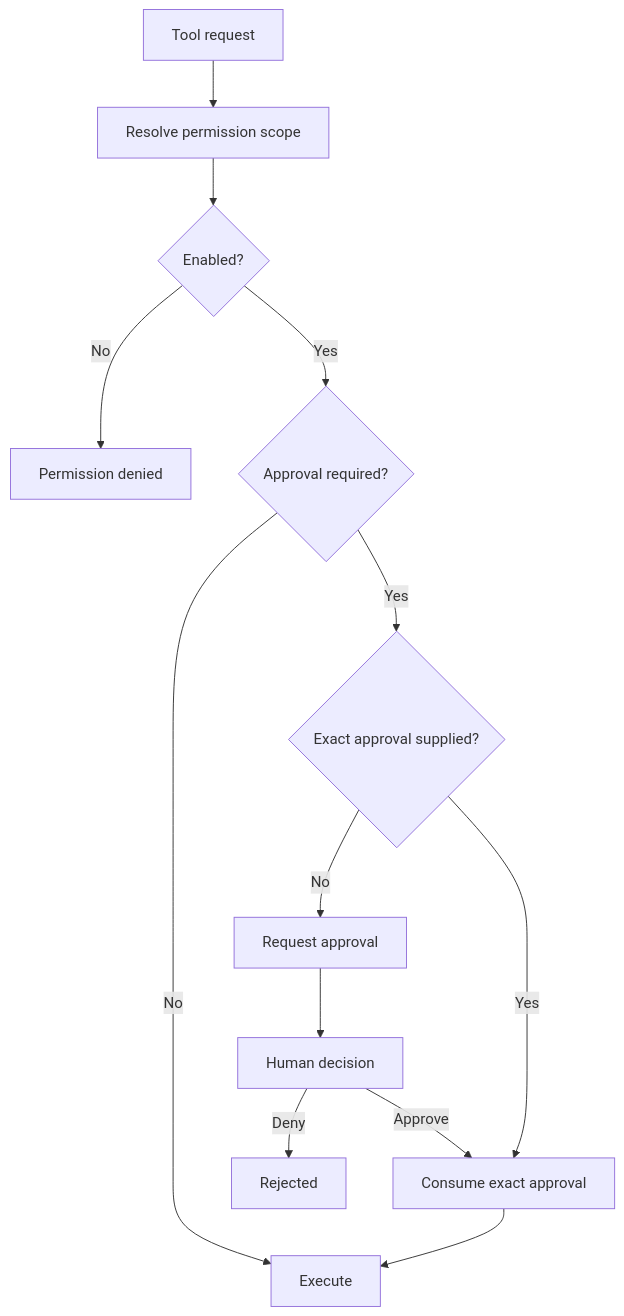
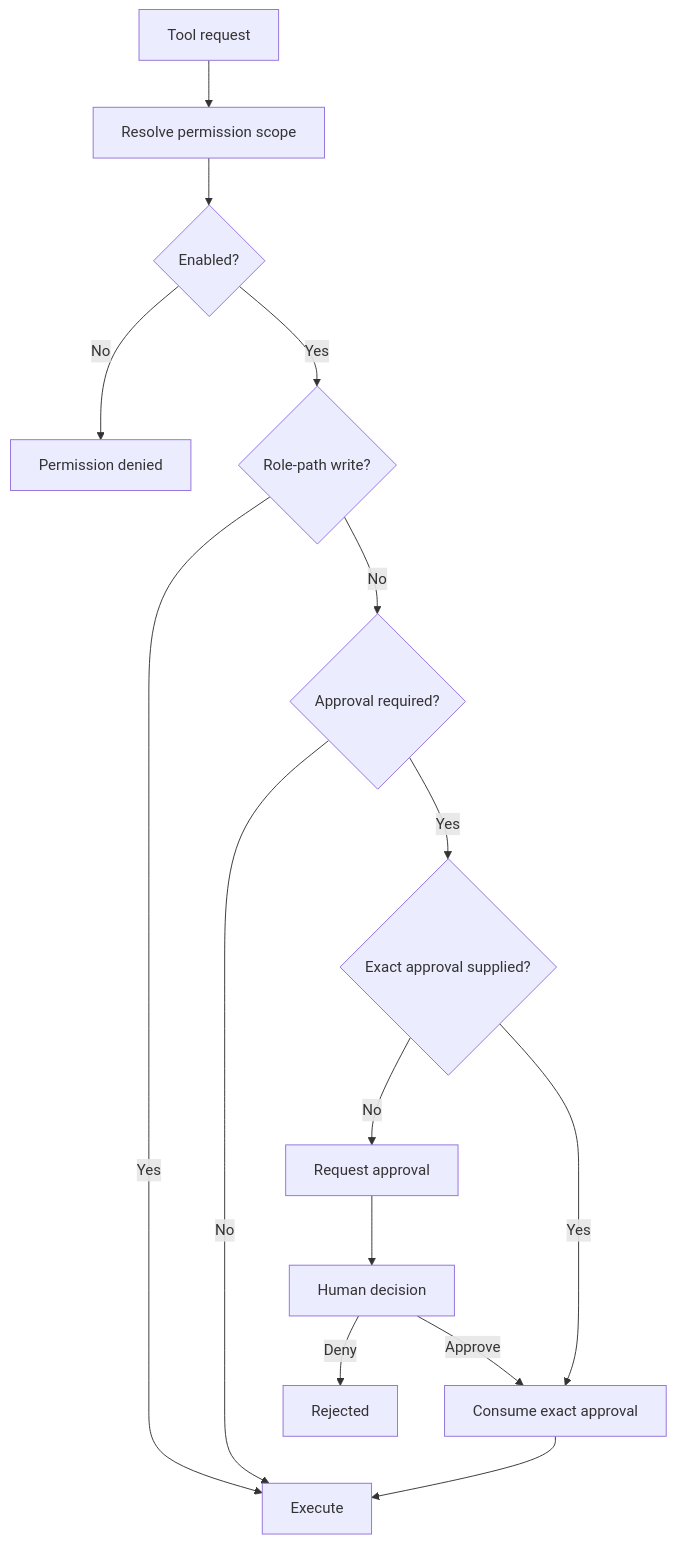
The diagram in docs/architecture/permissions.md (Pacenak/sol-lite), drawn with Mermaid before and after one commit. The commit also changed other lines of this file and 189 other files, not shown here.

````diff
--- a/docs/architecture/permissions.md
+++ b/docs/architecture/permissions.md
@@ -5,15 +5,17 @@
 ```mermaid
 flowchart TD
     A[Tool request] --> B[Resolve permission scope]
     B --> C{Enabled?}
     C -- No --> D[Permission denied]
-    C -- Yes --> E{Approval required?}
-    E -- No --> F[Execute]
+    C -- Yes --> R{Role-path write?}
+    R -- Yes --> F[Execute]
+    R -- No --> E{Approval required?}
+    E -- No --> F
     E -- Yes --> G{Exact approval supplied?}
     G -- No --> H[Request approval]
     H --> I[Human decision]
     I -- Deny --> J[Rejected]
     I -- Approve --> K[Consume exact approval]
     G -- Yes --> K
     K --> F
 ```
````
